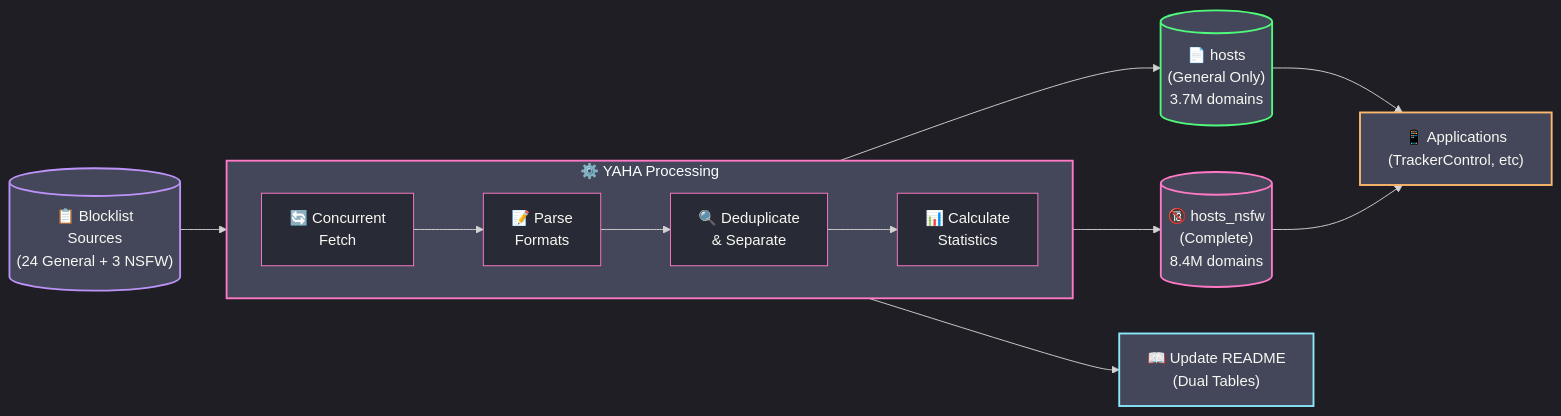
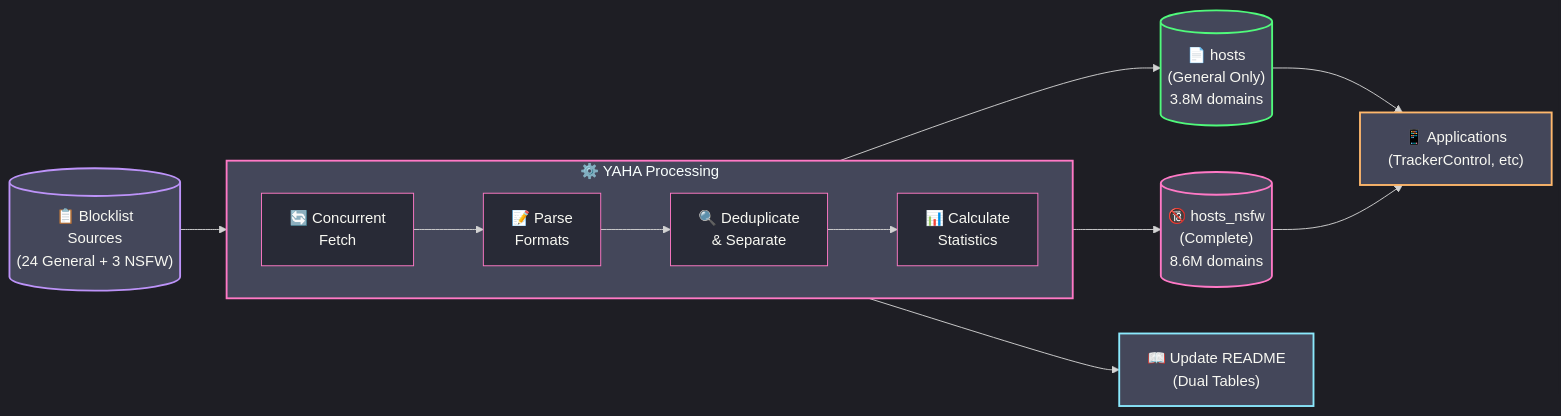
One commit to scottdraper8/yaha changed the diagram in README.md. Above: the diagram before and after it, drawn with Mermaid. The commit also changed other lines of this file, not shown here.

Commit message:
Update blocklist stats: 3754821 general / 8606329 with NSFW [automated]

````diff
--- a/README.md
+++ b/README.md
@@ -42,35 +42,35 @@
 ```mermaid
 %%{init: {'theme': 'dark', 'themeVariables': {
     'primaryColor': '#ff79c6',
     'secondaryColor': '#bd93f9',
     'tertiaryColor': '#44475a',
     'mainBkg': '#282a36',
     'nodeBorder': '#ff79c6',
     'clusterBkg': '#44475a',
     'clusterBorder': '#bd93f9',
     'textColor': '#f8f8f2'
 }}}%%
 flowchart LR
     Sources[("📋 Blocklist<br/>Sources<br/>(24 General + 3 NSFW)")] --> Fetch
 
     subgraph Process["⚙️ YAHA Processing"]
         direction LR
         Fetch["🔄 Concurrent<br/>Fetch"] --> Parse["📝 Parse<br/>Formats"]
         Parse --> Dedupe["🔍 Deduplicate<br/>& Separate"]
         Dedupe --> Stats["📊 Calculate<br/>Statistics"]
     end
 
-    Stats --> Output1[("📄 hosts<br/>(General Only)<br/>3.7M domains")]
-    Stats --> Output2[("🔞 hosts_nsfw<br/>(Complete)<br/>8.4M domains")]
+    Stats --> Output1[("📄 hosts<br/>(General Only)<br/>3.8M domains")]
+    Stats --> Output2[("🔞 hosts_nsfw<br/>(Complete)<br/>8.6M domains")]
     Stats --> README["📖 Update README<br/>(Dual Tables)"]
 
     Output1 --> Apps["📱 Applications<br/>(TrackerControl, etc)"]
     Output2 --> Apps
 
     style Sources fill:#44475a,stroke:#bd93f9,stroke-width:2px
     style Process fill:#44475a,stroke:#ff79c6,stroke-width:2px
     style Output1 fill:#44475a,stroke:#50fa7b,stroke-width:2px
     style Output2 fill:#44475a,stroke:#ff79c6,stroke-width:2px
     style README fill:#44475a,stroke:#8be9fd,stroke-width:2px
     style Apps fill:#44475a,stroke:#ffb86c,stroke-width:2px
 ```
````
